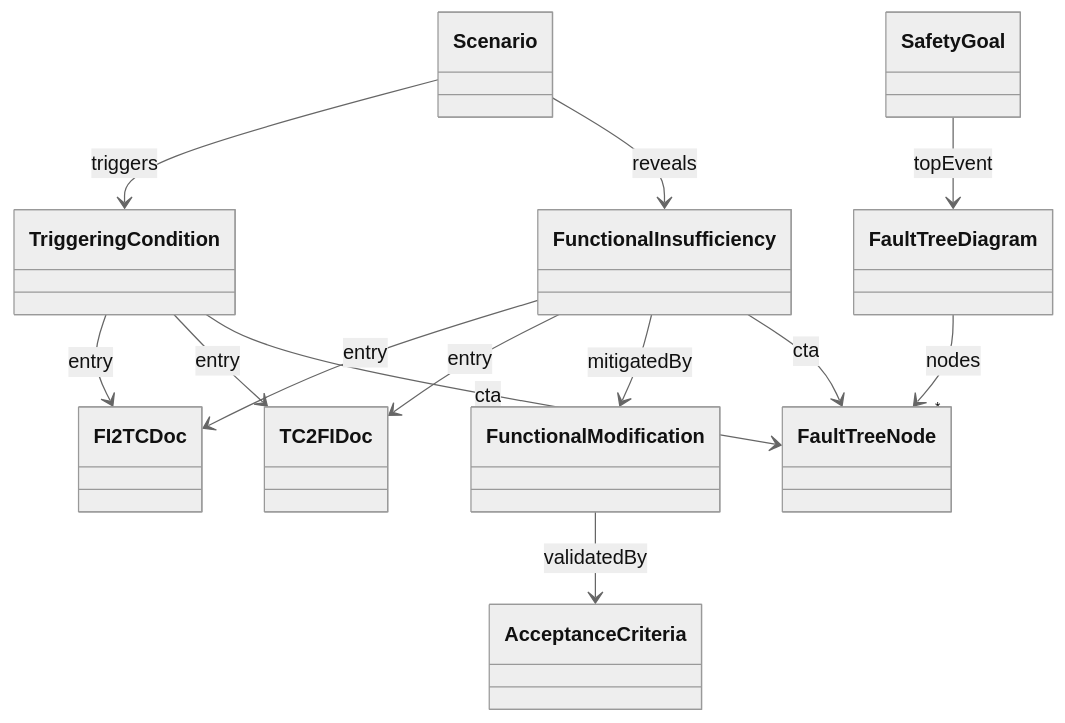
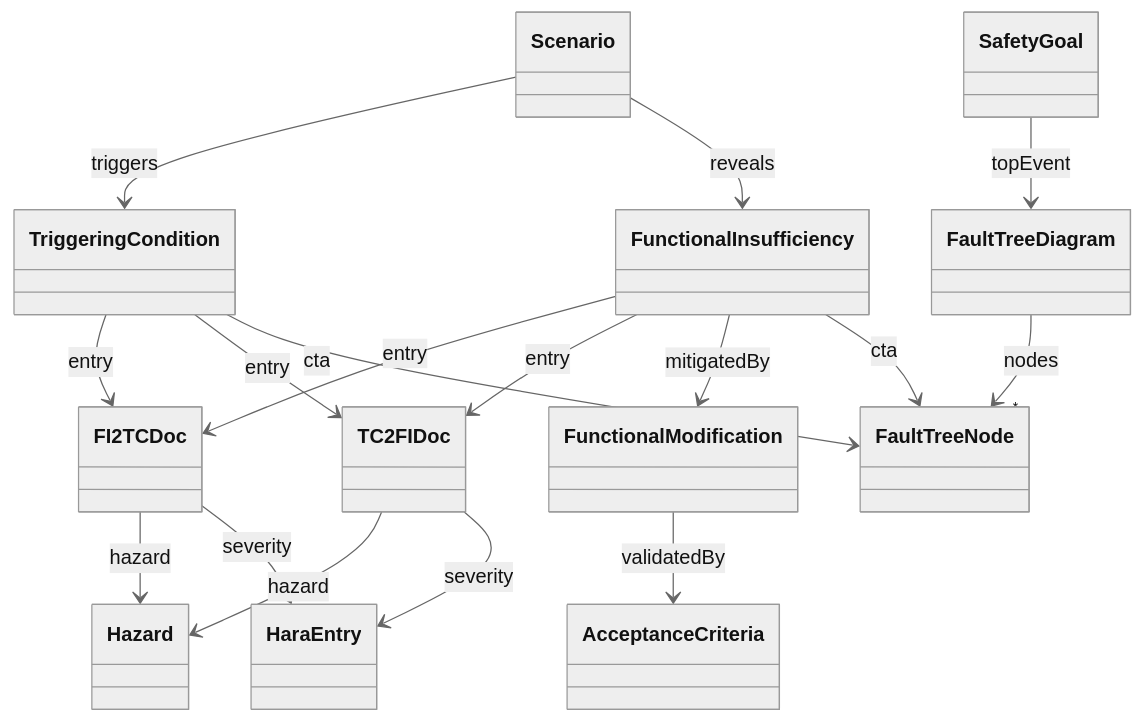
One commit to MelkorBalrog/AutoSafeguard-Analyzer changed diagram 29 of 29 in README.md. Above: the diagram before and after it, drawn with Mermaid (neutral theme). The commit also changed other lines of this file, not shown here.

Commit message:
Document FI2TC/TC2FI SOTIF hazard workflow

````diff
--- a/README.md
+++ b/README.md
@@ -701,25 +714,31 @@
 ```mermaid
 classDiagram
     class Scenario
     class SafetyGoal
     class TriggeringCondition
     class FunctionalInsufficiency
     class FI2TCDoc
     class TC2FIDoc
+    class Hazard
+    class HaraEntry
     class FunctionalModification
     class AcceptanceCriteria
     class FaultTreeDiagram
     class FaultTreeNode
     Scenario --> TriggeringCondition : triggers
     Scenario --> FunctionalInsufficiency : reveals
     TriggeringCondition --> FI2TCDoc : entry
     FunctionalInsufficiency --> FI2TCDoc : entry
     TriggeringCondition --> TC2FIDoc : entry
     FunctionalInsufficiency --> TC2FIDoc : entry
     FunctionalInsufficiency --> FunctionalModification : mitigatedBy
     FunctionalModification --> AcceptanceCriteria : validatedBy
+    FI2TCDoc --> Hazard : hazard
+    TC2FIDoc --> Hazard : hazard
+    FI2TCDoc --> HaraEntry : severity
+    TC2FIDoc --> HaraEntry : severity
     SafetyGoal --> FaultTreeDiagram : topEvent
     FaultTreeDiagram --> "*" FaultTreeNode : nodes
     TriggeringCondition --> FaultTreeNode : cta
     FunctionalInsufficiency --> FaultTreeNode : cta
 ```
````
